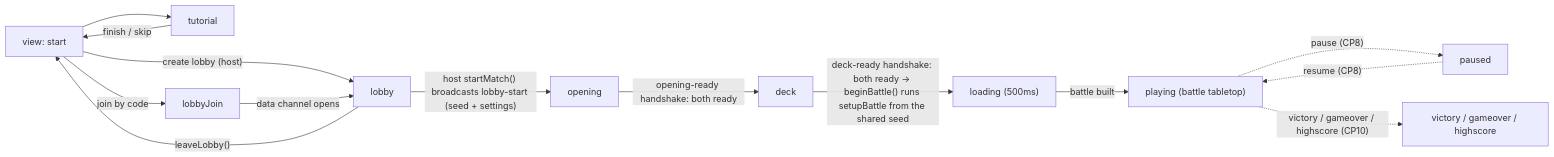
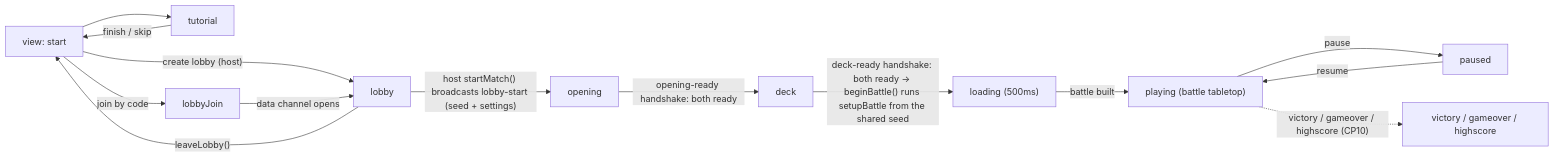
One commit to EdwardOYM/react-flash-games changed the fourth of 4 diagrams in .github/diagram/architecture-flow.md. Above: the diagram before and after it, drawn with Mermaid. The commit also changed other lines of this file and 2 other files, not shown here.

Commit message:
feat(pokemon-bnb): update architecture flow and CSS for action bar and overlays in battle view

````diff
--- a/.github/diagram/architecture-flow.md
+++ b/.github/diagram/architecture-flow.md
@@ -141,16 +142,16 @@
 ```mermaid
 flowchart LR
     PSTART["view: start"] --> PTUTORIAL["tutorial"]
     PTUTORIAL -->|"finish / skip"| PSTART
     PSTART -->|"create lobby (host)"| PLOBBY["lobby"]
     PSTART -->|"join by code"| PJOIN["lobbyJoin"]
     PJOIN -->|"data channel opens"| PLOBBY
     PLOBBY -->|"leaveLobby()"| PSTART
     PLOBBY -->|"host startMatch() broadcasts lobby-start (seed + settings)"| POPENING["opening"]
     POPENING -->|"opening-ready handshake: both ready"| PDECK["deck"]
     PDECK -->|"deck-ready handshake: both ready -> beginBattle() runs setupBattle from the shared seed"| PLOADING["loading (500ms)"]
     PLOADING -->|"battle built"| PPLAYING["playing (battle tabletop)"]
-    PPAUSED["paused"] -.->|"resume (CP8)"| PPLAYING
-    PPLAYING -.->|"pause (CP8)"| PPAUSED
+    PPAUSED["paused"] -->|"resume"| PPLAYING
+    PPLAYING -->|"pause"| PPAUSED
     PPLAYING -.->|"victory / gameover / highscore (CP10)"| PRESULTS["victory / gameover / highscore"]
 ```
````
